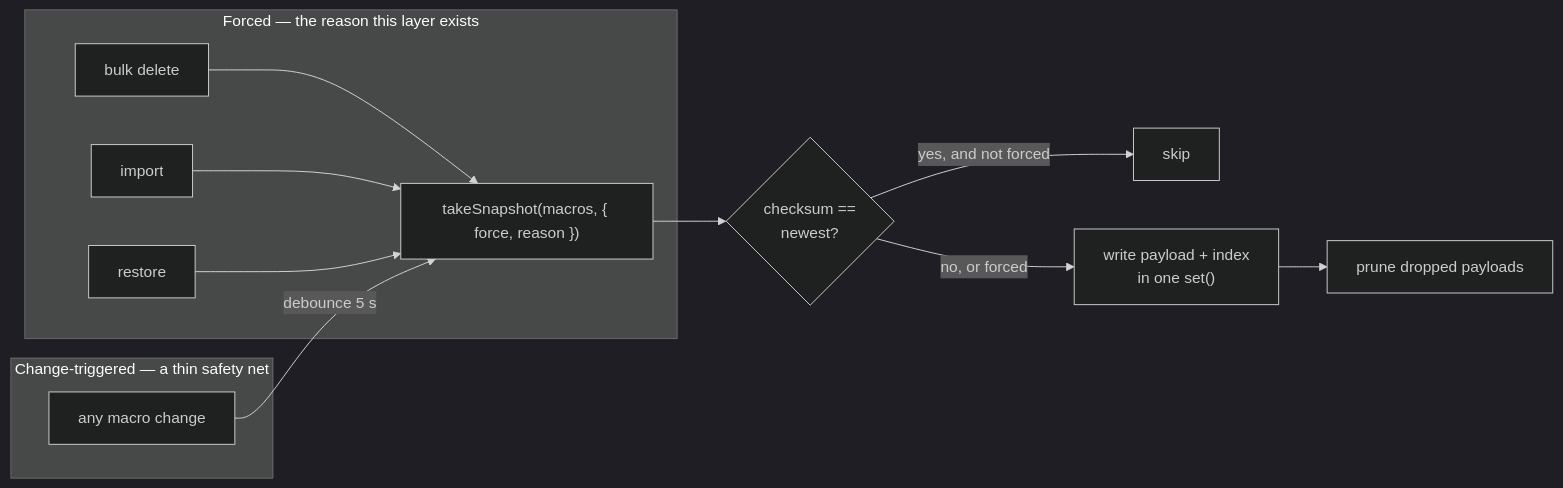
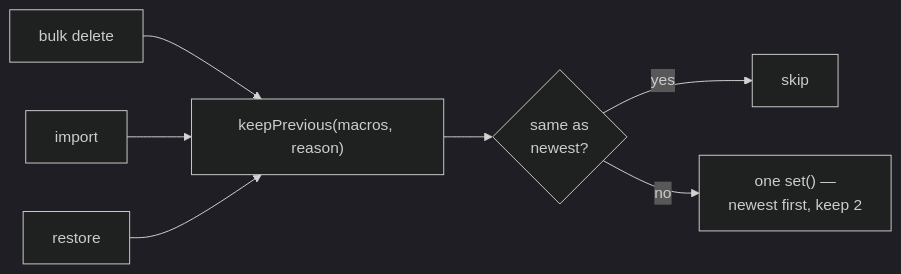
The second of 6 diagrams in docs/storage-design.md (Jorge-Gonzalez/monky), drawn with Mermaid (dark theme) before and after one commit. The commit also changed other lines of this file and 35 other files, not shown here.

First line of the commit message:
refactor(store): replace the snapshot history with a previous state, and recovery with one list

````diff
--- a/docs/storage-design.md
+++ b/docs/storage-design.md
@@ -135,16 +151,9 @@
 ```mermaid
 flowchart LR
-    subgraph forced["Forced — the reason this layer exists"]
-        D["bulk delete"] --> S
-        I["import"] --> S
-        R["restore"] --> S
-    end
-    subgraph timed["Change-triggered — a thin safety net"]
-        C["any macro change"] -->|"debounce 5 s"| S
-    end
-    S["takeSnapshot(macros, { force, reason })"]
-    S --> DD{"checksum ==<br/>newest?"}
-    DD -->|"yes, and not forced"| SKIP["skip"]
-    DD -->|"no, or forced"| W["write payload + index<br/>in one set()"]
-    W --> P["prune dropped payloads"]
+    D["bulk delete"] --> K
+    I["import"] --> K
+    R["restore"] --> K
+    K["keepPrevious(macros, reason)"] --> C{"same as<br/>newest?"}
+    C -->|"yes"| S["skip"]
+    C -->|"no"| W["one set() —<br/>newest first, keep 2"]
 ```
````
